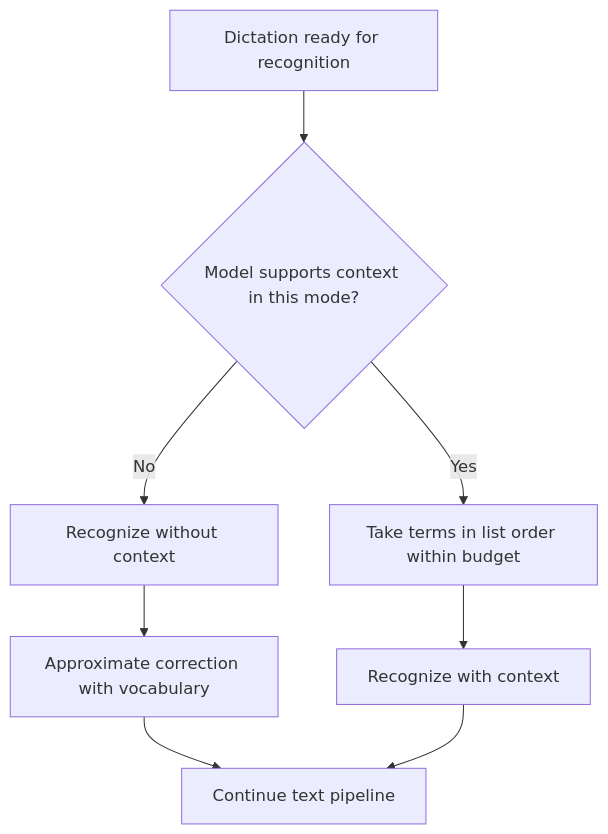
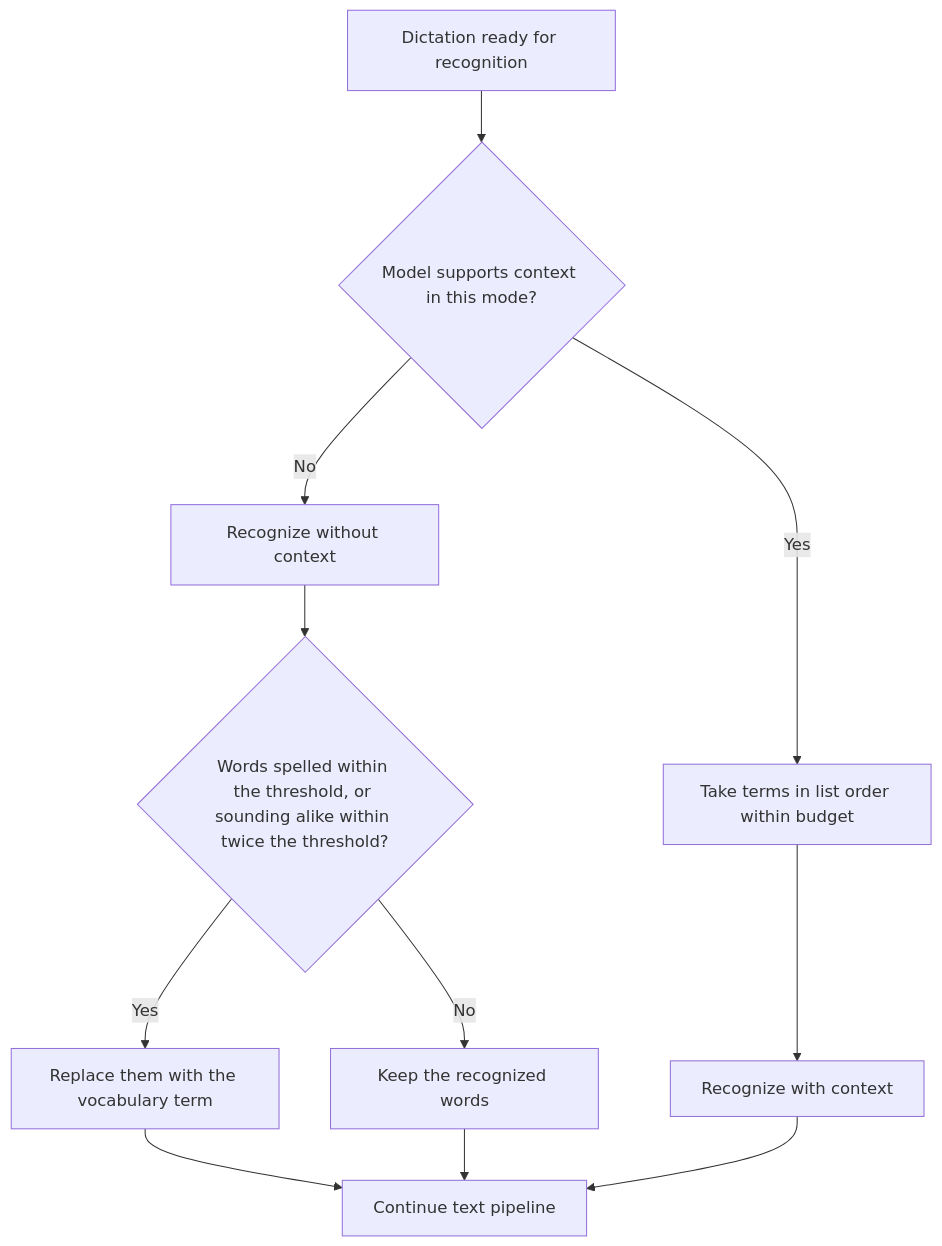
The third of 4 diagrams in .specs/features/003-recognition-vocabulary/spec.md (julien-m/handy), drawn with Mermaid before and after one commit. The commit also changed other lines of this file and 11 other files, not shown here.

````diff
--- a/.specs/features/003-recognition-vocabulary/spec.md
+++ b/.specs/features/003-recognition-vocabulary/spec.md
@@ -132,10 +142,13 @@
 ```mermaid
 flowchart TD
   A[Dictation ready for recognition] --> B{Model supports context in this mode?}
   B -- No --> C[Recognize without context]
-  C --> D[Approximate correction with vocabulary]
+  C --> D{Words spelled within the threshold, or sounding alike within twice the threshold?}
+  D -- Yes --> D1[Replace them with the vocabulary term]
+  D -- No --> D2[Keep the recognized words]
   B -- Yes --> E[Take terms in list order within budget]
   E --> F[Recognize with context]
-  D --> G[Continue text pipeline]
+  D1 --> G[Continue text pipeline]
+  D2 --> G
   F --> G
 ```
````
